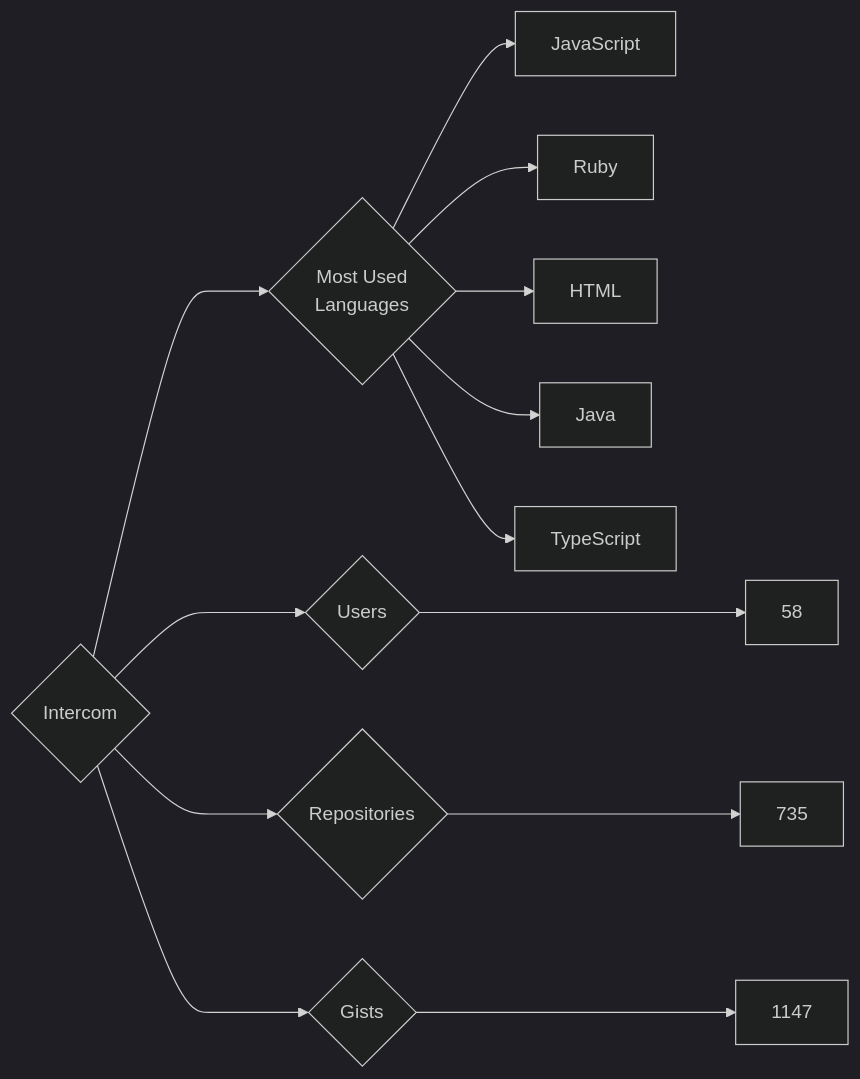
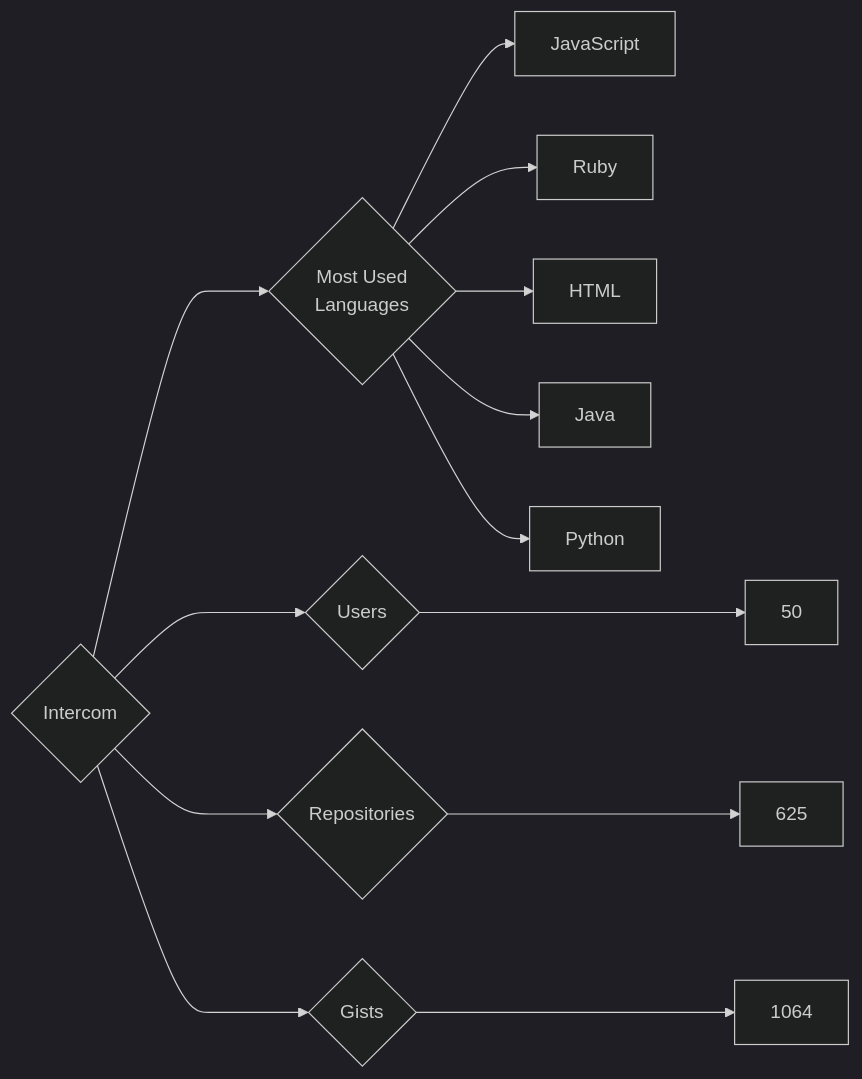
Before and after one commit to trickest/insiders: the diagram in targets/Intercom/README.md, drawn with Mermaid (dark theme). The commit also changed 872 other files, not shown here.

````diff
--- a/targets/Intercom/README.md
+++ b/targets/Intercom/README.md
@@ -3,13 +3,13 @@
 ```mermaid
 graph LR
 COMPANY_NAME{Intercom}
-COMPANY_NAME ---> U{Users} ---> UN[58]
-COMPANY_NAME ---> R{Repositories} ---> RN[735]
-COMPANY_NAME ---> G{Gists} ---> GN[1147]
+COMPANY_NAME ---> U{Users} ---> UN[50]
+COMPANY_NAME ---> R{Repositories} ---> RN[625]
+COMPANY_NAME ---> G{Gists} ---> GN[1064]
 COMPANY_NAME ---> ML{Most Used<br>Languages}
 ML --> JavaScript[JavaScript]
 ML --> Ruby[Ruby]
 ML --> HTML[HTML]
 ML --> Java[Java]
-ML --> TypeScript[TypeScript]
+ML --> Python[Python]
 ```
````
